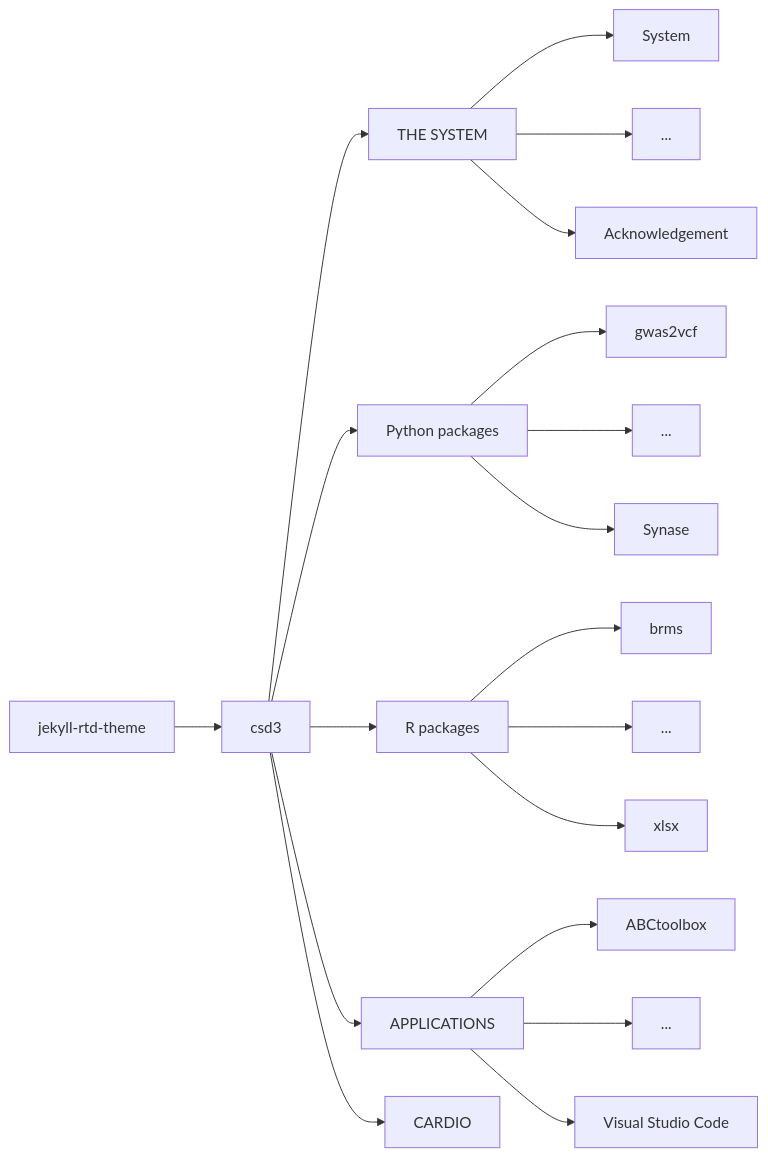
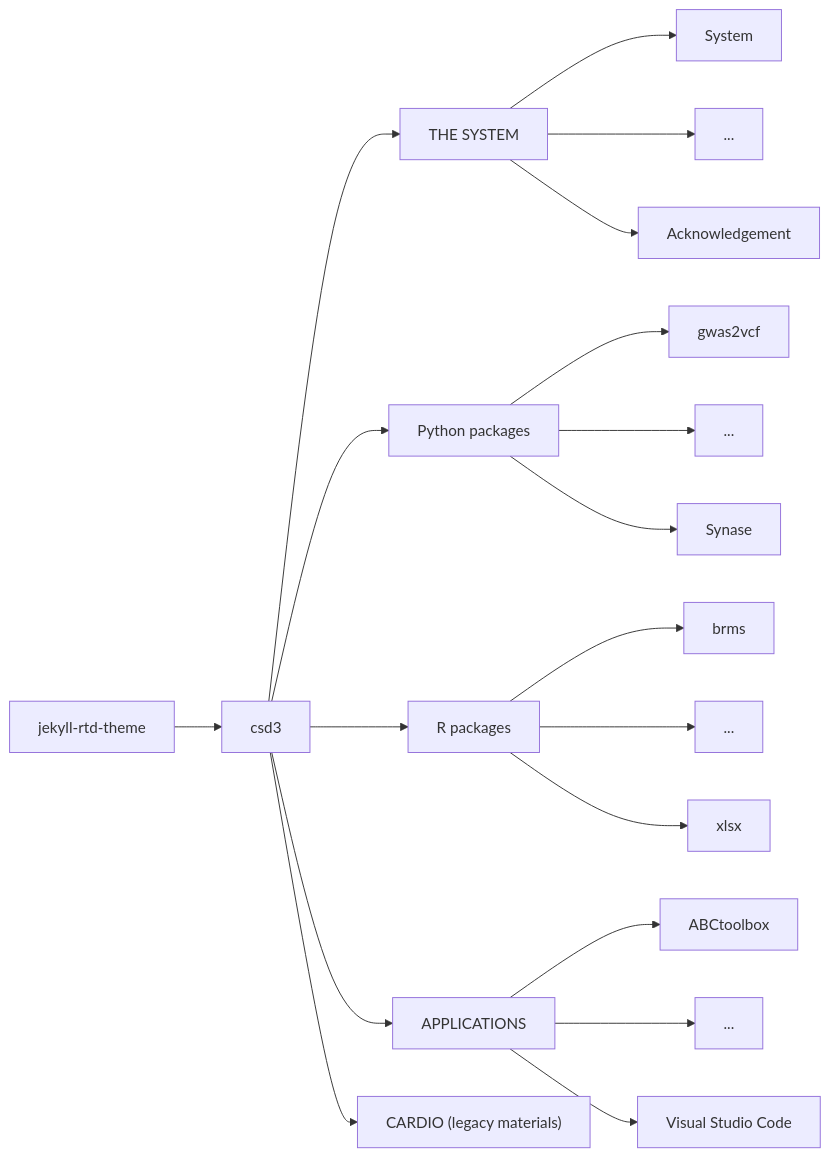
The diagram in README.md (cambridge-ceu/csd3), drawn with Mermaid before and after one commit. The commit also changed 1 other file, not shown here.

````diff
--- a/README.md
+++ b/README.md
@@ -8,21 +8,21 @@
 ```mermaid
 graph LR;
 jekyll-rtd-theme --> csd3
 csd3 --> system["THE SYSTEM"]
 csd3 --> Python["Python packages"]
 csd3 --> R["R packages"]
 csd3 --> applications["APPLICATIONS"]
-csd3 --> cardio["CARDIO"]
+csd3 --> cardio["CARDIO (legacy materials)"]
 system --> System
 system --> sysdot["..."]
 system --> Acknowledgement
 applications --> ABCtoolbox
 applications --> appdot["..."]
 applications --> vsc["Visual Studio Code"]
 Python --> gwas2vcf
 Python --> Pythondot["..."]
 Python --> Synase
 R --> brms
 R --> Rdot["..."]
 R --> xlsx
 ```
````
